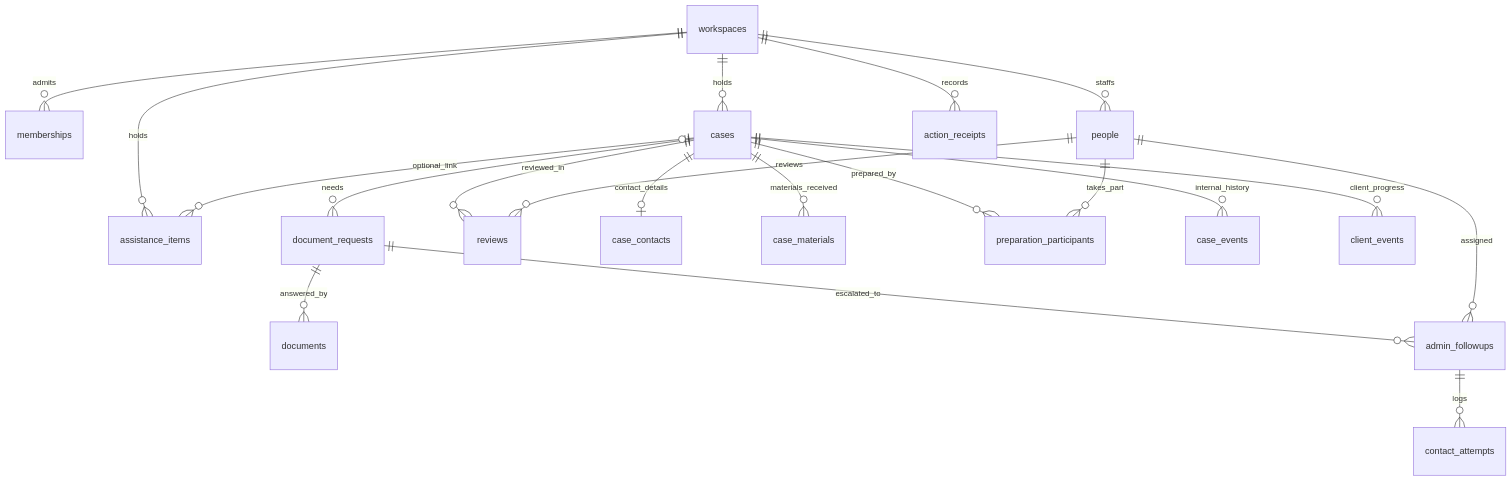
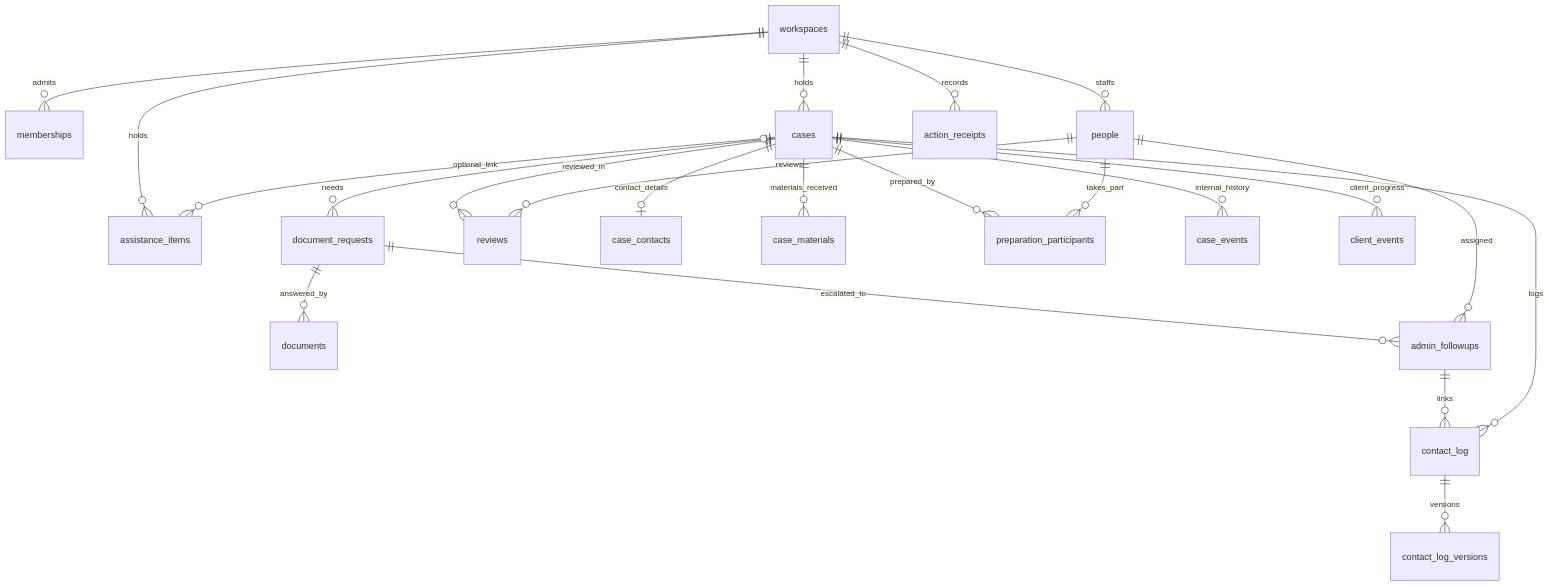
Before and after one commit to jin-yu-yang/VITA-Management-System-Demo: the first of 2 diagrams in docs/developer/database.md, drawn with Mermaid. The commit also changed other lines of this file and 53 other files, not shown here.

Commit message:
Contact log: log, edit and copy every contact on a case; the office's follow-up calls move into it (OpenSpec change add-contact-log) (#88)

````diff
--- a/docs/developer/database.md
+++ b/docs/developer/database.md
@@ -136,22 +138,24 @@
 ```mermaid
 erDiagram
   workspaces ||--o{ memberships : admits
   workspaces ||--o{ people : staffs
   workspaces ||--o{ cases : holds
   workspaces ||--o{ assistance_items : holds
   workspaces ||--o{ action_receipts : records
   cases ||--o{ document_requests : needs
   document_requests ||--o{ documents : answered_by
   document_requests ||--o{ admin_followups : escalated_to
-  admin_followups ||--o{ contact_attempts : logs
+  admin_followups ||--o{ contact_log : links
+  cases ||--o{ contact_log : logs
+  contact_log ||--o{ contact_log_versions : versions
   cases ||--o{ reviews : reviewed_in
   cases ||--o| case_contacts : contact_details
   cases ||--o{ case_materials : materials_received
   cases ||--o{ preparation_participants : prepared_by
   cases ||--o{ case_events : internal_history
   cases ||--o{ client_events : client_progress
   cases |o--o{ assistance_items : optional_link
   people ||--o{ preparation_participants : takes_part
   people ||--o{ reviews : reviews
   people ||--o{ admin_followups : assigned
 ```
````
